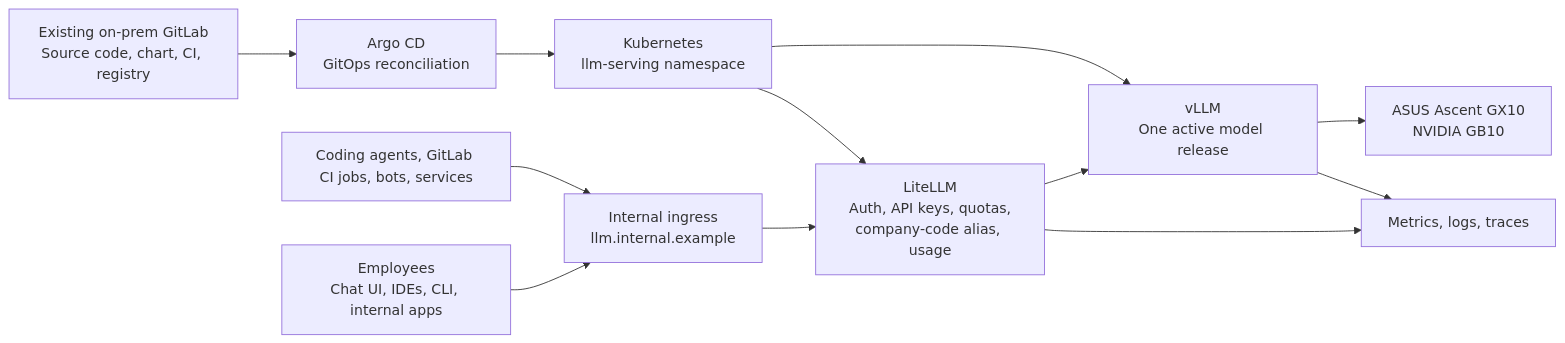
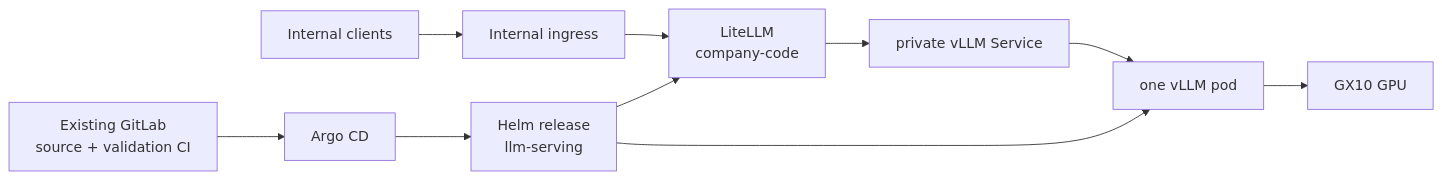
One commit to CopyPasteFail/llm-on-prem changed the diagram in README.md. Above: the diagram before and after it, drawn with Mermaid. The commit also changed other lines of this file, not shown here.

````diff
--- a/README.md
+++ b/README.md
@@ -39,17 +46,13 @@
 ```mermaid
 flowchart LR
-    users["Employees\nChat UI, IDEs, CLI, internal apps"] --> ingress["Internal ingress\nllm.internal.example"]
-    automation["Coding agents, GitLab CI jobs, bots, services"] --> ingress
+    client["Internal clients"] --> ingress["Internal ingress"]
+    ingress --> gateway["LiteLLM\ncompany-code"]
+    gateway --> serving["private vLLM Service"]
+    serving --> pod["one vLLM pod"]
+    pod --> gx10["GX10 GPU"]
 
-    ingress --> litellm["LiteLLM\nAuth, API keys, quotas,\ncompany-code alias, usage"]
-    litellm --> vllm["vLLM\nOne active model release"]
-    vllm --> gx10["ASUS Ascent GX10\nNVIDIA GB10"]
-
-    gitlab["Existing on-prem GitLab\nSource code, chart, CI, registry"] --> argocd["Argo CD\nGitOps reconciliation"]
-    argocd --> cluster["Kubernetes\nllm-serving namespace"]
-    cluster --> litellm
-    cluster --> vllm
-
-    litellm --> obs["Metrics, logs, traces"]
-    vllm --> obs
+    gitlab["Existing GitLab\nsource + validation CI"] --> argo["Argo CD"]
+    argo --> release["Helm release\nllm-serving"]
+    release --> gateway
+    release --> pod
 ```
````
